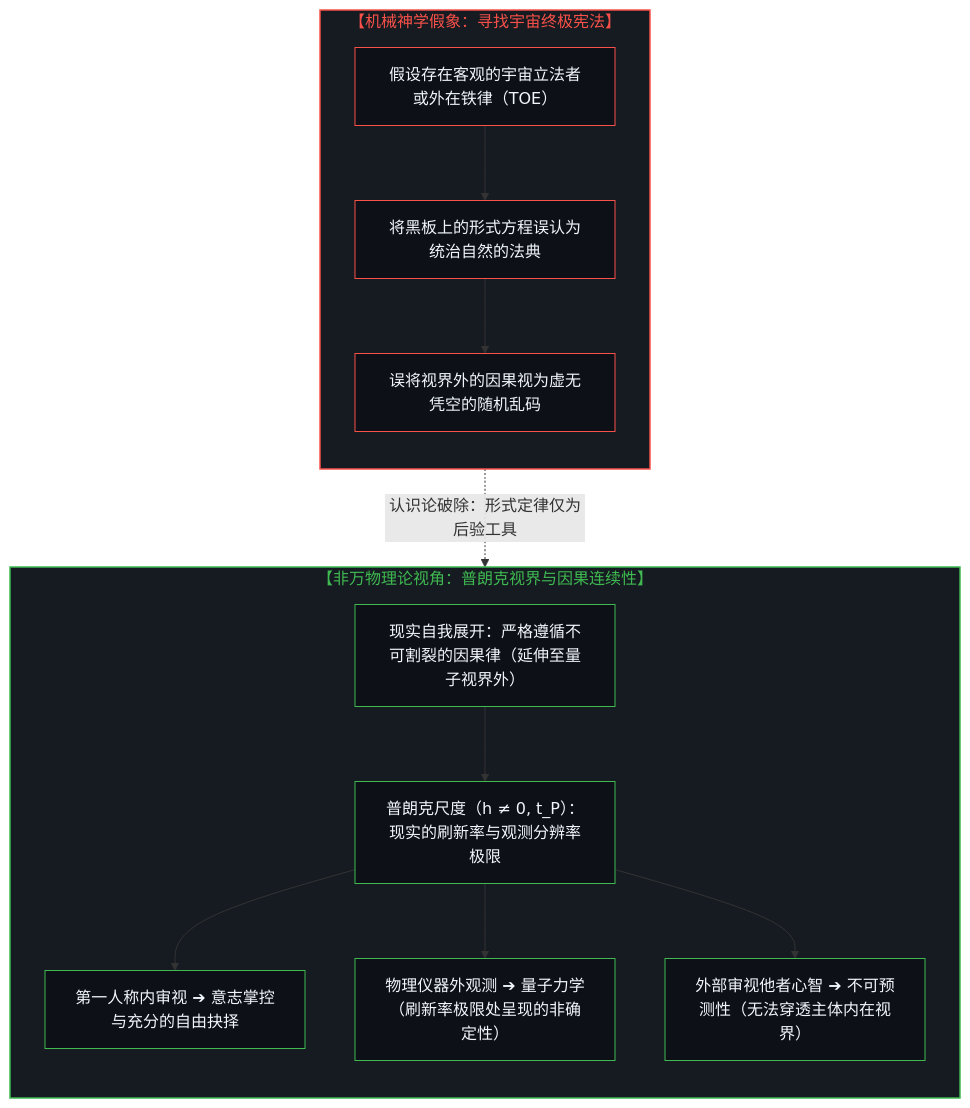
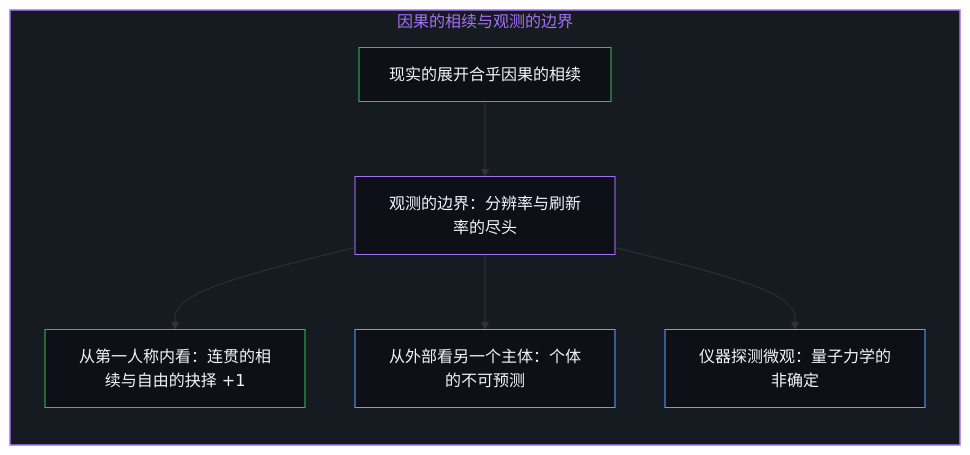
One commit to powerpig99/not-a-toe changed the seventh of 10 diagrams in content/posts/the-sleight-of-hand-in-physics-is-the-law-and-the-friction-of-reality.md. Above: the diagram before and after it, drawn with Mermaid. The commit also changed other lines of this file and 2 other files, not shown here.

Commit message:
Refine the-sleight-of-hand-in-physics-is-the-law: alternating bilingual layout, five paired diagrams, the boundary of observation, implicit first person

````diff
--- a/content/posts/the-sleight-of-hand-in-physics-is-the-law-and-the-friction-of-reality.md
+++ b/content/posts/the-sleight-of-hand-in-physics-is-the-law-and-the-friction-of-reality.md
@@ -224,36 +207,22 @@
 ```mermaid
-graph TD
-    subgraph S_Theology["【机械神学假象：寻找宇宙终极宪法】"]
+flowchart TD
+    subgraph S_Horizon["因果的相续与观测的边界"]
         direction TB
-        M1["假设存在客观的宇宙立法者或外在铁律（TOE）"]
-        M2["将黑板上的形式方程误认为统治自然的法典"]
-        M3["误将视界外的因果视为虚无凭空的随机乱码"]
-        M1 --> M2 --> M3
+        Causal["现实的展开合乎因果的相续"]
+        Limit["观测的边界：分辨率与刷新率的尽头"]
+        First["从第一人称内看：连贯的相续与自由的抉择 +1"]
+        Other["从外部看另一个主体：个体的不可预测"]
+        Quantum["仪器探测微观：量子力学的非确定"]
+        Causal --> Limit
+        Limit --> First
+        Limit --> Other
+        Limit --> Quantum
     end
 
-    subgraph S_Causality["【非万物理论视角：普朗克视界与因果连续性】"]
-        direction TB
-        K1["现实自我展开：严格遵循不可割裂的因果律（延伸至量子视界外）"]
-        K2["普朗克尺度（h ≠ 0, t_P）：现实的刷新率与观测分辨率极限"]
-        K3A["第一人称内审视 ➔ 意志掌控与充分的自由抉择"]
-        K3B["物理仪器外观测 ➔ 量子力学（刷新率极限处呈现的非确定性）"]
-        K3C["外部审视他者心智 ➔ 不可预测性（无法穿透主体内在视界）"]
-        K1 --> K2
-        K2 --> K3A
-        K2 --> K3B
-        K2 --> K3C
-    end
-
-    M2 -.->|"认识论破除：形式定律仅为后验工具"| K1
-
-    style S_Theology fill:#161b22,stroke:#f85149,stroke-width:1.5px,color:#f85149
-    style S_Causality fill:#161b22,stroke:#3fb950,stroke-width:1.5px,color:#3fb950
-    style M1 fill:#0d1117,stroke:#f85149,stroke-width:1px,color:#f0f6fc
-    style M2 fill:#0d1117,stroke:#f85149,stroke-width:1px,color:#f0f6fc
-    style M3 fill:#0d1117,stroke:#f85149,stroke-width:1px,color:#f0f6fc
-    style K1 fill:#0d1117,stroke:#3fb950,stroke-width:1px,color:#f0f6fc
-    style K2 fill:#0d1117,stroke:#3fb950,stroke-width:1px,color:#f0f6fc
-    style K3A fill:#0d1117,stroke:#3fb950,stroke-width:1px,color:#f0f6fc
-    style K3B fill:#0d1117,stroke:#3fb950,stroke-width:1px,color:#f0f6fc
-    style K3C fill:#0d1117,stroke:#3fb950,stroke-width:1px,color:#f0f6fc
+    style S_Horizon fill:#161b22,stroke:#a371f7,stroke-width:1.5px,color:#a371f7
+    style Causal fill:#0d1117,stroke:#3fb950,stroke-width:1px,color:#f0f6fc
+    style Limit fill:#0d1117,stroke:#a371f7,stroke-width:1px,color:#f0f6fc
+    style First fill:#0d1117,stroke:#3fb950,stroke-width:1px,color:#f0f6fc
+    style Other fill:#0d1117,stroke:#58a6ff,stroke-width:1px,color:#f0f6fc
+    style Quantum fill:#0d1117,stroke:#58a6ff,stroke-width:1px,color:#f0f6fc
 ```
````
